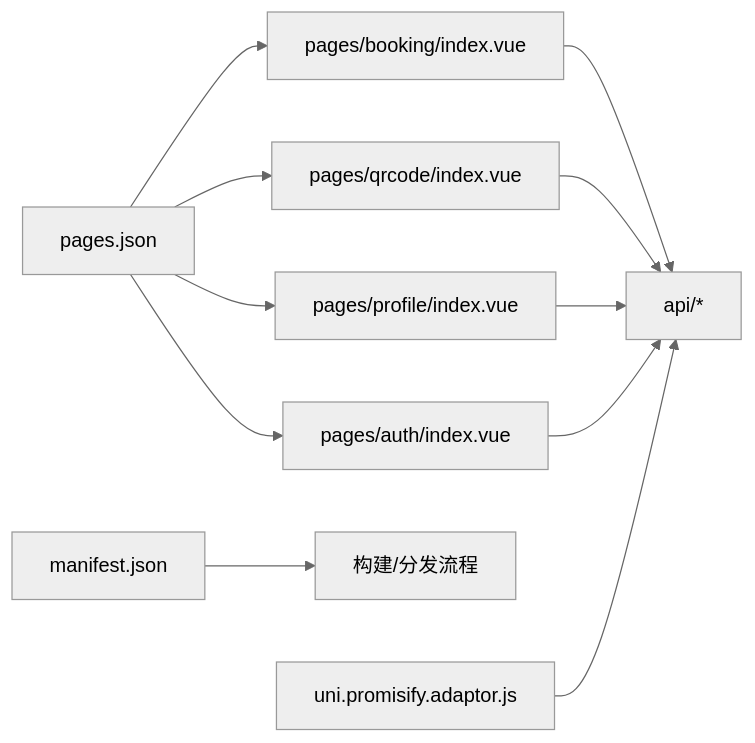
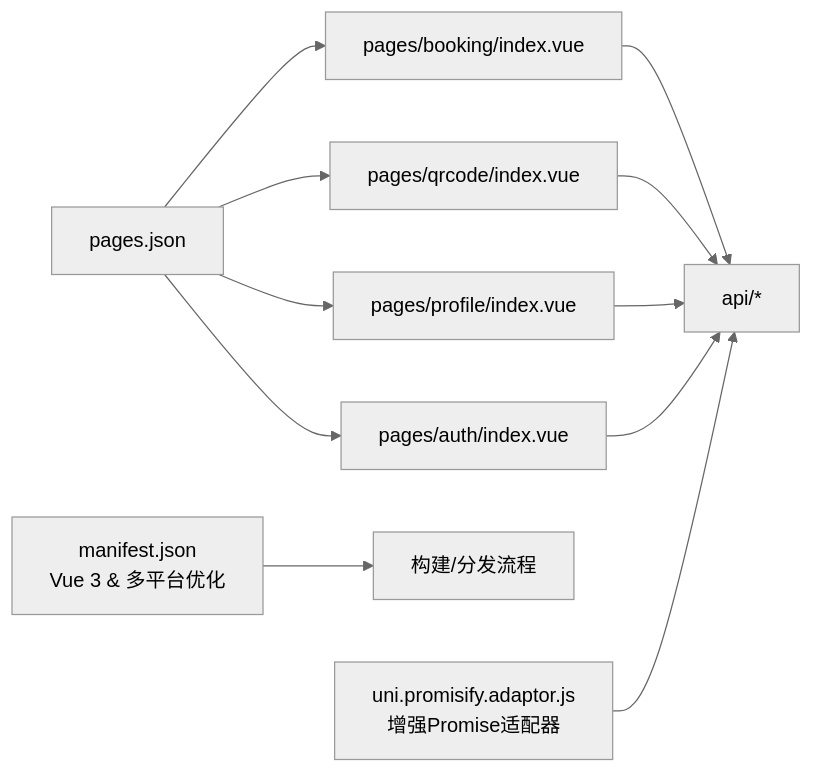
The sixth of 6 diagrams in .qoder/repowiki/zh/content/配置文件说明.md (ChenHaoRanORA/School-Bus-Scheduling-System), drawn with Mermaid (neutral theme) before and after one commit. The commit also changed other lines of this file and 6 other files, not shown here.

````diff
--- a/.qoder/repowiki/zh/content/配置文件说明.md
+++ b/.qoder/repowiki/zh/content/配置文件说明.md
@@ -275,13 +299,13 @@
 ```mermaid
 graph LR
 Pj["pages.json"] --> Pg1["pages/booking/index.vue"]
 Pj --> Pg2["pages/qrcode/index.vue"]
 Pj --> Pg3["pages/profile/index.vue"]
 Pj --> Pg4["pages/auth/index.vue"]
-Mf["manifest.json"] --> Build["构建/分发流程"]
-U["uni.promisify.adaptor.js"] --> Api["api/*"]
+Mf["manifest.json<br/>Vue 3 & 多平台优化"] --> Build["构建/分发流程"]
+U["uni.promisify.adaptor.js<br/>增强Promise适配器"] --> Api["api/*"]
 Pg1 --> Api
 Pg2 --> Api
 Pg3 --> Api
 Pg4 --> Api
 ```
````
